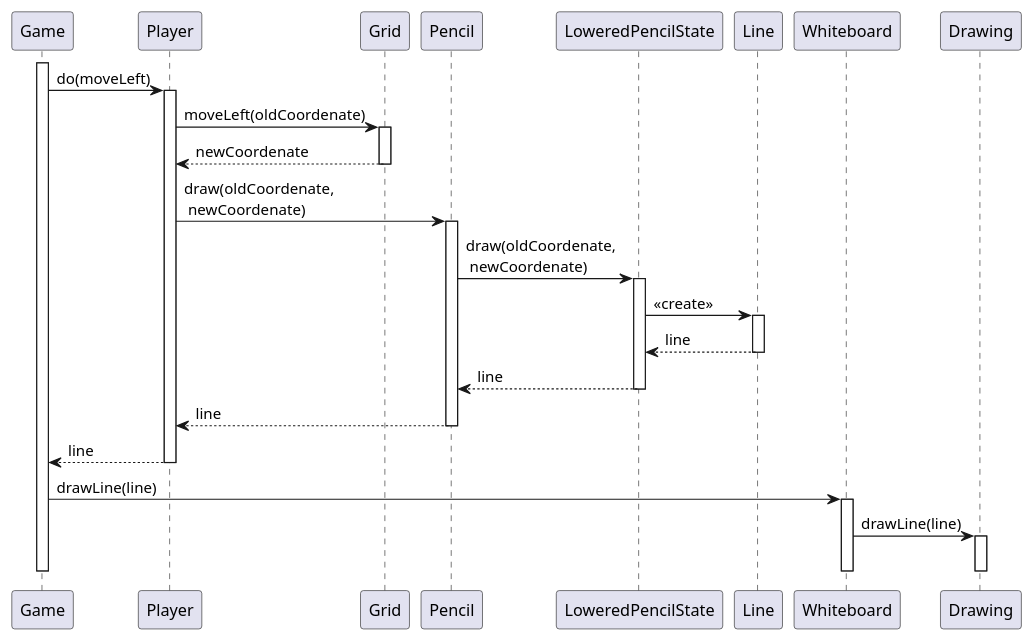
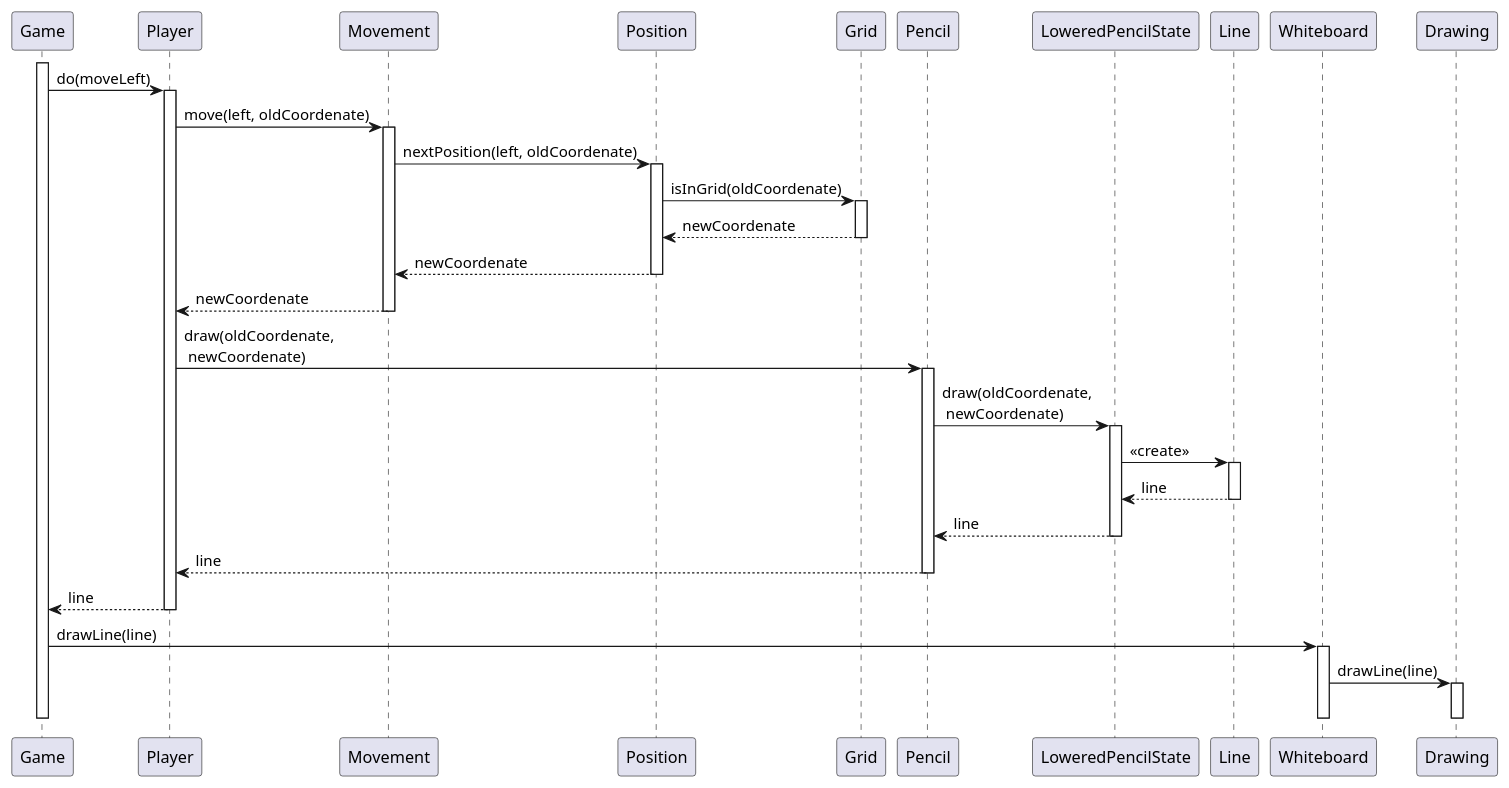
The diagram in diagrams/move_left_secuence_do_action.plantuml (mati1297/tp2_algoblocks), drawn with PlantUML before and after one commit. The commit also changed 1 other file, not shown here.

Commit message:
Added classes Direction, Movement and Position to class and sequence diagrams.

```diff
--- a/diagrams/move_left_secuence_do_action.plantuml
+++ b/diagrams/move_left_secuence_do_action.plantuml
@@ -1,36 +1,42 @@
 @startuml move_left_do_action
 
 activate Game
 Game -> Player: do(moveLeft)
 activate Player
 
-Player -> Grid: moveLeft(oldCoordenate)
+Player -> Movement: move(left, oldCoordenate)
+activate Movement
+Movement -> Position: nextPosition(left, oldCoordenate)
+activate Position
+Position -> Grid: isInGrid(oldCoordenate)
 activate Grid
+return newCoordenate
+return newCoordenate
 return newCoordenate
 
 Player -> Pencil: draw(oldCoordenate,\n newCoordenate)
 activate Pencil
 Pencil -> LoweredPencilState: draw(oldCoordenate, \n newCoordenate)
 activate LoweredPencilState
 LoweredPencilState -> Line: <<create>>
 activate Line
 return line
 return line
 return line
 return line
 
 Game -> Whiteboard: drawLine(line)
 activate Whiteboard
 Whiteboard -> Drawing: drawLine(line)
 activate Drawing
 deactivate Drawing
 deactivate Whiteboard
 deactivate Player
 deactivate Game
 
 
 
 
 
 
 @enduml
```
